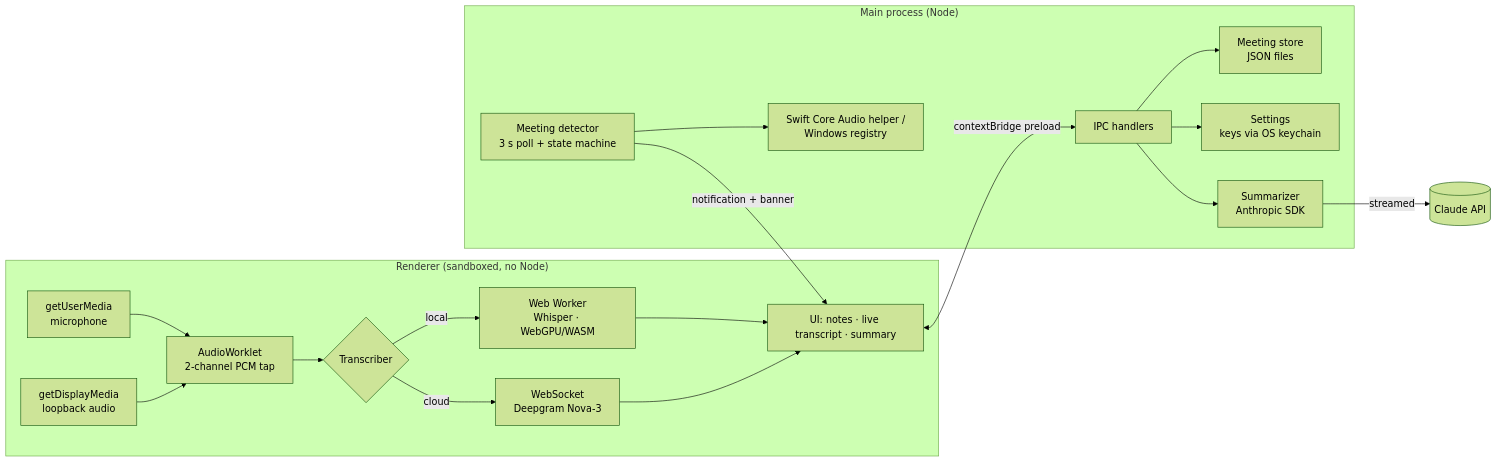
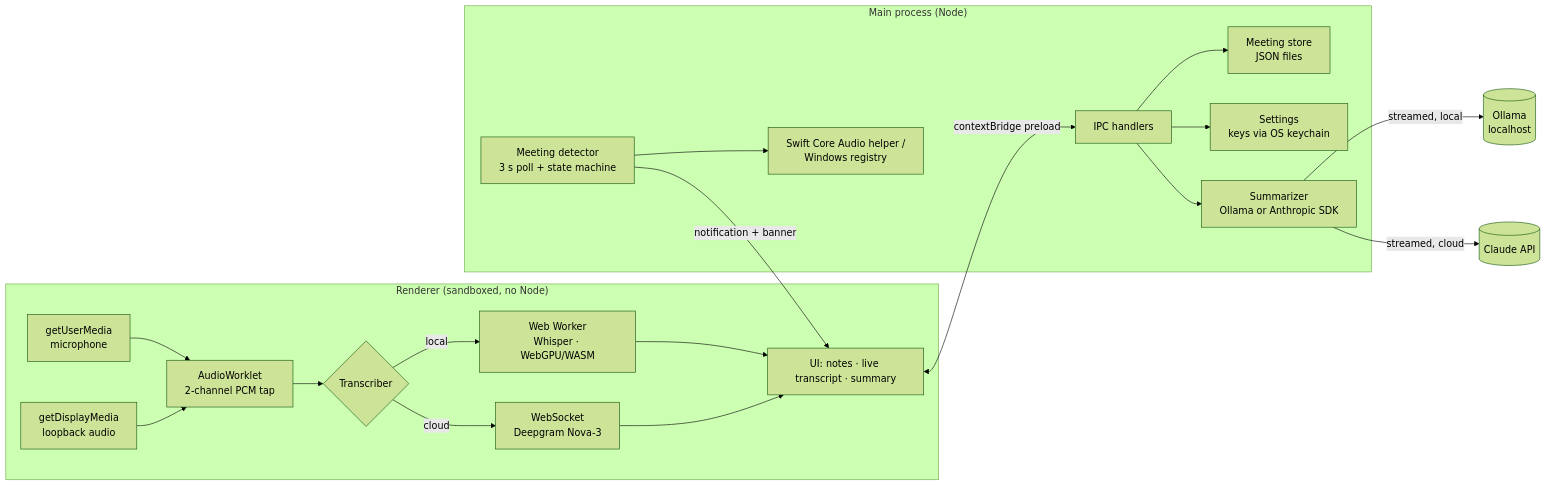
One commit to DanKim06/Dictated changed the diagram in README.md. Above: the diagram before and after it, drawn with Mermaid (forest theme). The commit also changed other lines of this file and 11 other files, not shown here.

First line of the commit message:
Add free local summaries via Ollama

````diff
--- a/README.md
+++ b/README.md
@@ -97,28 +106,29 @@
 ```mermaid
 flowchart LR
   subgraph Renderer["Renderer (sandboxed, no Node)"]
     Mic["getUserMedia<br/>microphone"] --> Worklet
     Sys["getDisplayMedia<br/>loopback audio"] --> Worklet["AudioWorklet<br/>2-channel PCM tap"]
     Worklet --> T{"Transcriber"}
     T -->|"local"| W["Web Worker<br/>Whisper · WebGPU/WASM"]
     T -->|"cloud"| DG["WebSocket<br/>Deepgram Nova-3"]
     W --> UI["UI: notes · live transcript · summary"]
     DG --> UI
   end
 
   subgraph Main["Main process (Node)"]
     IPC["IPC handlers"]
     Store["Meeting store<br/>JSON files"]
     Settings["Settings<br/>keys via OS keychain"]
-    Sum["Summarizer<br/>Anthropic SDK"]
+    Sum["Summarizer<br/>Ollama or Anthropic SDK"]
     Det["Meeting detector<br/>3 s poll + state machine"]
     Probe["Swift Core Audio helper /<br/>Windows registry"]
   end
 
   UI <-->|"contextBridge preload"| IPC
   IPC --> Store
   IPC --> Settings
-  IPC --> Sum -->|"streamed"| Claude[("Claude API")]
+  IPC --> Sum -->|"streamed, local"| Ollama[("Ollama<br/>localhost")]
+  Sum -->|"streamed, cloud"| Claude[("Claude API")]
   Det --> Probe
   Det -->|"notification + banner"| UI
 ```
````
